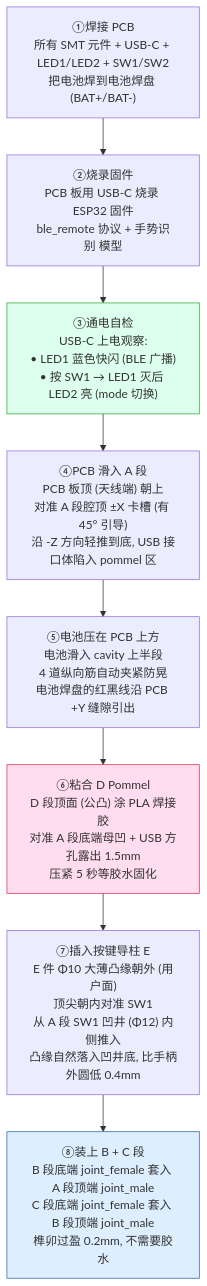
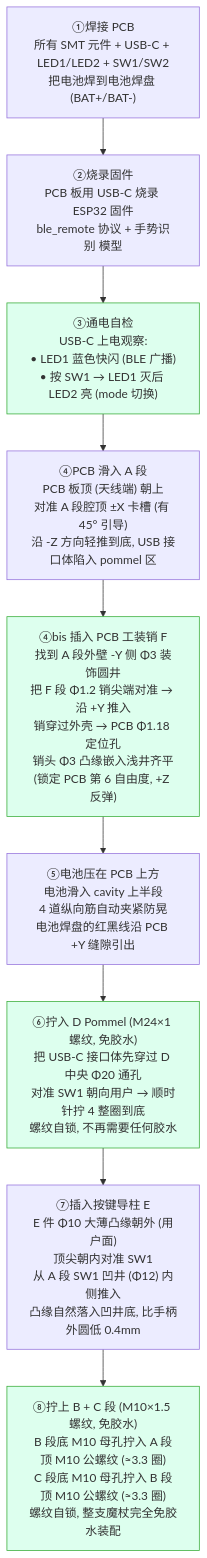
Before and after one commit to DLLSTART/CyberWand_Insta360: the first of 2 diagrams in enclosure/PRINT_AND_ASSEMBLY.md, drawn with Mermaid. The commit also changed other lines of this file and 12 other files, not shown here.

````diff
--- a/enclosure/PRINT_AND_ASSEMBLY.md
+++ b/enclosure/PRINT_AND_ASSEMBLY.md
@@ -242,17 +298,19 @@
 ```mermaid
 flowchart TD
     S1["①焊接 PCB<br/>所有 SMT 元件 + USB-C + LED1/LED2 + SW1/SW2<br/>把电池焊到电池焊盘 (BAT+/BAT-)"]
     S2["②烧录固件<br/>PCB 板用 USB-C 烧录 ESP32 固件<br/>ble_remote 协议 + 手势识别 模型"]
     S3["③通电自检<br/>USB-C 上电观察:<br/>• LED1 蓝色快闪 (BLE 广播)<br/>• 按 SW1 → LED1 灭后 LED2 亮 (mode 切换)"]
     S4["④PCB 滑入 A 段<br/>PCB 板顶 (天线端) 朝上<br/>对准 A 段腔顶 ±X 卡槽 (有 45° 引导)<br/>沿 -Z 方向轻推到底, USB 接口体陷入 pommel 区"]
+    S4b["④bis 插入 PCB 工装销 F<br/>找到 A 段外壁 -Y 侧 Φ3 装饰圆井<br/>把 F 段 Φ1.2 销尖端对准 → 沿 +Y 推入<br/>销穿过外壳 → PCB Φ1.18 定位孔<br/>销头 Φ3 凸缘嵌入浅井齐平<br/>(锁定 PCB 第 6 自由度, +Z 反弹)"]
     S5["⑤电池压在 PCB 上方<br/>电池滑入 cavity 上半段<br/>4 道纵向筋自动夹紧防晃<br/>电池焊盘的红黑线沿 PCB +Y 缝隙引出"]
-    S6["⑥粘合 D Pommel<br/>D 段顶面 (公凸) 涂 PLA 焊接胶<br/>对准 A 段底端母凹 + USB 方孔露出 1.5mm<br/>压紧 5 秒等胶水固化"]
+    S6["⑥拧入 D Pommel (M24×1 螺纹, 免胶水)<br/>把 USB-C 接口体先穿过 D 中央 Φ20 通孔<br/>对准 SW1 朝向用户 → 顺时针拧 4 整圈到底<br/>螺纹自锁, 不再需要任何胶水"]
     S7["⑦插入按键导柱 E<br/>E 件 Φ10 大薄凸缘朝外 (用户面)<br/>顶尖朝内对准 SW1<br/>从 A 段 SW1 凹井 (Φ12) 内侧推入<br/>凸缘自然落入凹井底, 比手柄外圆低 0.4mm"]
-    S8["⑧装上 B + C 段<br/>B 段底端 joint_female 套入 A 段顶端 joint_male<br/>C 段底端 joint_female 套入 B 段顶端 joint_male<br/>榫卯过盈 0.2mm, 不需要胶水"]
+    S8["⑧拧上 B + C 段 (M10×1.5 螺纹, 免胶水)<br/>B 段底 M10 母孔拧入 A 段顶 M10 公螺纹 (≈3.3 圈)<br/>C 段底 M10 母孔拧入 B 段顶 M10 公螺纹 (≈3.3 圈)<br/>螺纹自锁, 整支魔杖完全免胶水装配"]
 
-    S1 --> S2 --> S3 --> S4 --> S5 --> S6 --> S7 --> S8
+    S1 --> S2 --> S3 --> S4 --> S4b --> S5 --> S6 --> S7 --> S8
 
-    style S6 fill:#fde,stroke:#d35
+    style S4b fill:#dfe,stroke:#3a3
+    style S6 fill:#dfe,stroke:#3a3
     style S3 fill:#dfe,stroke:#3a3
-    style S8 fill:#def,stroke:#36a
+    style S8 fill:#dfe,stroke:#3a3
 ```
````
